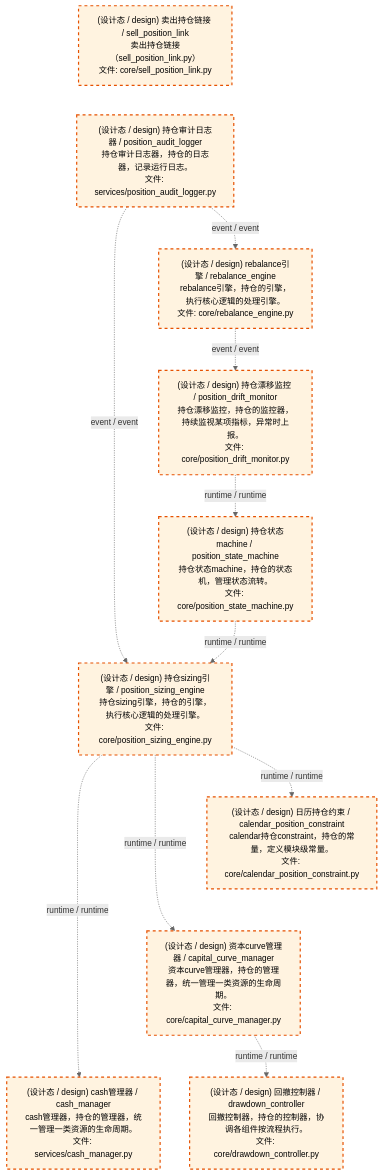
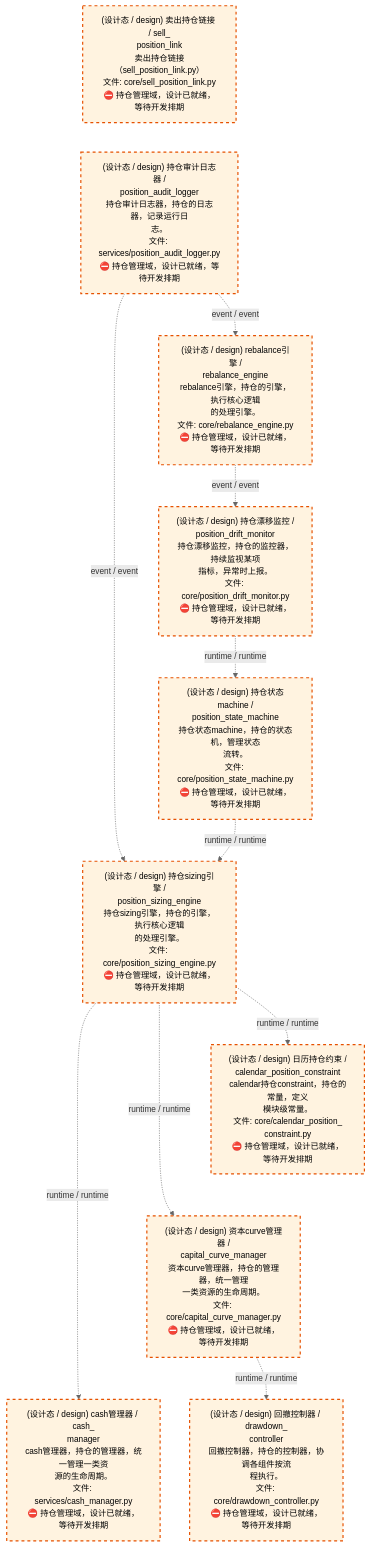
The third of 4 diagrams in docs/02_enterprise_architecture/02_domain_architecture_docs/64_d_position.md (xuanFelixVan/ZephyrAlpha), drawn with Mermaid before and after one commit. The commit also changed other lines of this file and 59 other files, not shown here.

````diff
--- a/docs/02_enterprise_architecture/02_domain_architecture_docs/64_d_position.md
+++ b/docs/02_enterprise_architecture/02_domain_architecture_docs/64_d_position.md
@@ -116,31 +116,31 @@
 ```mermaid
 %%{init: {'theme': 'base', 'themeVariables': {'primaryColor': '#eaeaea', 'primaryTextColor': '#333333', 'primaryBorderColor': '#666666', 'lineColor': '#666666', 'secondaryColor': '#eaeaea', 'tertiaryColor': '#eaeaea', 'fontSize': '14px'}}}%%
 flowchart TD
-    src_zephyr_position_core_sell_position_link_py["(设计态 / design) 卖出持仓链接 / sell_position_link<br/>卖出持仓链接（sell_position_link.py）<br/>文件: core/sell_position_link.py"]
-    src_zephyr_position_services_position_audit_logger_py["(设计态 / design) 持仓审计日志器 / position_audit_logger<br/>持仓审计日志器，持仓的日志器，记录运行日志。<br/>文件: services/position_audit_logger.py"]
+    src_zephyr_position_core_sell_position_link_py["(设计态 / design) 卖出持仓链接 / sell_<br/>position_link<br/>卖出持仓链接（sell_position_link.py）<br/>文件: core/sell_position_link.py<br/>⛔ 持仓管理域，设计已就绪，等待开发排期"]
+    src_zephyr_position_services_position_audit_logger_py["(设计态 / design) 持仓审计日志器 /<br/>position_audit_logger<br/>持仓审计日志器，持仓的日志器，记录运行日<br/>志。<br/>文件: services/position_audit_logger.py<br/>⛔ 持仓管理域，设计已就绪，等待开发排期"]
     src_zephyr_position_core_sell_position_link_py ~~~ src_zephyr_position_services_position_audit_logger_py
-    src_zephyr_position_core_rebalance_engine_py["(设计态 / design) rebalance引擎 / rebalance_engine<br/>rebalance引擎，持仓的引擎，执行核心逻辑的处理引擎。<br/>文件: core/rebalance_engine.py"]
-    src_zephyr_position_core_position_drift_monitor_py["(设计态 / design) 持仓漂移监控 / position_drift_monitor<br/>持仓漂移监控，持仓的监控器，持续监视某项指标，异常时上报。<br/>文件: core/position_drift_monitor.py"]
-    src_zephyr_position_core_position_state_machine_py["(设计态 / design) 持仓状态machine / position_state_machine<br/>持仓状态machine，持仓的状态机，管理状态流转。<br/>文件: core/position_state_machine.py"]
-    src_zephyr_position_core_position_sizing_engine_py["(设计态 / design) 持仓sizing引擎 / position_sizing_engine<br/>持仓sizing引擎，持仓的引擎，执行核心逻辑的处理引擎。<br/>文件: core/position_sizing_engine.py"]
-    src_zephyr_position_core_calendar_position_constraint_py["(设计态 / design) 日历持仓约束 / calendar_position_constraint<br/>calendar持仓constraint，持仓的常量，定义模块级常量。<br/>文件: core/calendar_position_constraint.py"]
-    src_zephyr_position_core_capital_curve_manager_py["(设计态 / design) 资本curve管理器 / capital_curve_manager<br/>资本curve管理器，持仓的管理器，统一管理一类资源的生命周期。<br/>文件: core/capital_curve_manager.py"]
-    src_zephyr_position_services_cash_manager_py["(设计态 / design) cash管理器 / cash_manager<br/>cash管理器，持仓的管理器，统一管理一类资源的生命周期。<br/>文件: services/cash_manager.py"]
+    src_zephyr_position_core_rebalance_engine_py["(设计态 / design) rebalance引擎 /<br/>rebalance_engine<br/>rebalance引擎，持仓的引擎，执行核心逻辑<br/>的处理引擎。<br/>文件: core/rebalance_engine.py<br/>⛔ 持仓管理域，设计已就绪，等待开发排期"]
+    src_zephyr_position_core_position_drift_monitor_py["(设计态 / design) 持仓漂移监控 /<br/>position_drift_monitor<br/>持仓漂移监控，持仓的监控器，持续监视某项<br/>指标，异常时上报。<br/>文件: core/position_drift_monitor.py<br/>⛔ 持仓管理域，设计已就绪，等待开发排期"]
+    src_zephyr_position_core_position_state_machine_py["(设计态 / design) 持仓状态machine /<br/>position_state_machine<br/>持仓状态machine，持仓的状态机，管理状态<br/>流转。<br/>文件: core/position_state_machine.py<br/>⛔ 持仓管理域，设计已就绪，等待开发排期"]
+    src_zephyr_position_core_position_sizing_engine_py["(设计态 / design) 持仓sizing引擎 /<br/>position_sizing_engine<br/>持仓sizing引擎，持仓的引擎，执行核心逻辑<br/>的处理引擎。<br/>文件: core/position_sizing_engine.py<br/>⛔ 持仓管理域，设计已就绪，等待开发排期"]
+    src_zephyr_position_core_calendar_position_constraint_py["(设计态 / design) 日历持仓约束 /<br/>calendar_position_constraint<br/>calendar持仓constraint，持仓的常量，定义<br/>模块级常量。<br/>文件: core/calendar_position_<br/>constraint.py<br/>⛔ 持仓管理域，设计已就绪，等待开发排期"]
+    src_zephyr_position_core_capital_curve_manager_py["(设计态 / design) 资本curve管理器 /<br/>capital_curve_manager<br/>资本curve管理器，持仓的管理器，统一管理<br/>一类资源的生命周期。<br/>文件: core/capital_curve_manager.py<br/>⛔ 持仓管理域，设计已就绪，等待开发排期"]
+    src_zephyr_position_services_cash_manager_py["(设计态 / design) cash管理器 / cash_<br/>manager<br/>cash管理器，持仓的管理器，统一管理一类资<br/>源的生命周期。<br/>文件: services/cash_manager.py<br/>⛔ 持仓管理域，设计已就绪，等待开发排期"]
     src_zephyr_position_core_calendar_position_constraint_py ~~~ src_zephyr_position_core_capital_curve_manager_py
     src_zephyr_position_core_capital_curve_manager_py ~~~ src_zephyr_position_services_cash_manager_py
-    src_zephyr_position_core_drawdown_controller_py["(设计态 / design) 回撤控制器 / drawdown_controller<br/>回撤控制器，持仓的控制器，协调各组件按流程执行。<br/>文件: core/drawdown_controller.py"]
+    src_zephyr_position_core_drawdown_controller_py["(设计态 / design) 回撤控制器 / drawdown_<br/>controller<br/>回撤控制器，持仓的控制器，协调各组件按流<br/>程执行。<br/>文件: core/drawdown_controller.py<br/>⛔ 持仓管理域，设计已就绪，等待开发排期"]
     src_zephyr_position_core_position_sizing_engine_py -.->|runtime / runtime| src_zephyr_position_services_cash_manager_py
     src_zephyr_position_core_position_sizing_engine_py -.->|runtime / runtime| src_zephyr_position_core_capital_curve_manager_py
     src_zephyr_position_core_position_sizing_engine_py -.->|runtime / runtime| src_zephyr_position_core_calendar_position_constraint_py
     src_zephyr_position_core_position_state_machine_py -.->|runtime / runtime| src_zephyr_position_core_position_sizing_engine_py
     src_zephyr_position_core_position_drift_monitor_py -.->|runtime / runtime| src_zephyr_position_core_position_state_machine_py
     src_zephyr_position_core_rebalance_engine_py -.->|event / event| src_zephyr_position_core_position_drift_monitor_py
     src_zephyr_position_core_capital_curve_manager_py -.->|runtime / runtime| src_zephyr_position_core_drawdown_controller_py
     src_zephyr_position_services_position_audit_logger_py -.->|event / event| src_zephyr_position_core_position_sizing_engine_py
     src_zephyr_position_services_position_audit_logger_py -.->|event / event| src_zephyr_position_core_rebalance_engine_py
     classDef production fill:#e1f5fe,stroke:#01579b,stroke-width:2px,color:#000
     classDef design fill:#fff3e0,stroke:#e65100,stroke-width:2px,color:#000,stroke-dasharray: 5 5
     classDef external_prod fill:#e8f4fd,stroke:#0277bd,stroke-width:1px,color:#000
     classDef external_design fill:#fff8e7,stroke:#ef6c00,stroke-width:1px,color:#000,stroke-dasharray: 5 5
     class src_zephyr_position_core_calendar_position_constraint_py,src_zephyr_position_core_capital_curve_manager_py,src_zephyr_position_core_drawdown_controller_py,src_zephyr_position_core_position_drift_monitor_py,src_zephyr_position_core_position_sizing_engine_py,src_zephyr_position_core_position_state_machine_py,src_zephyr_position_core_rebalance_engine_py,src_zephyr_position_core_sell_position_link_py,src_zephyr_position_services_cash_manager_py,src_zephyr_position_services_position_audit_logger_py design
 ```
````
